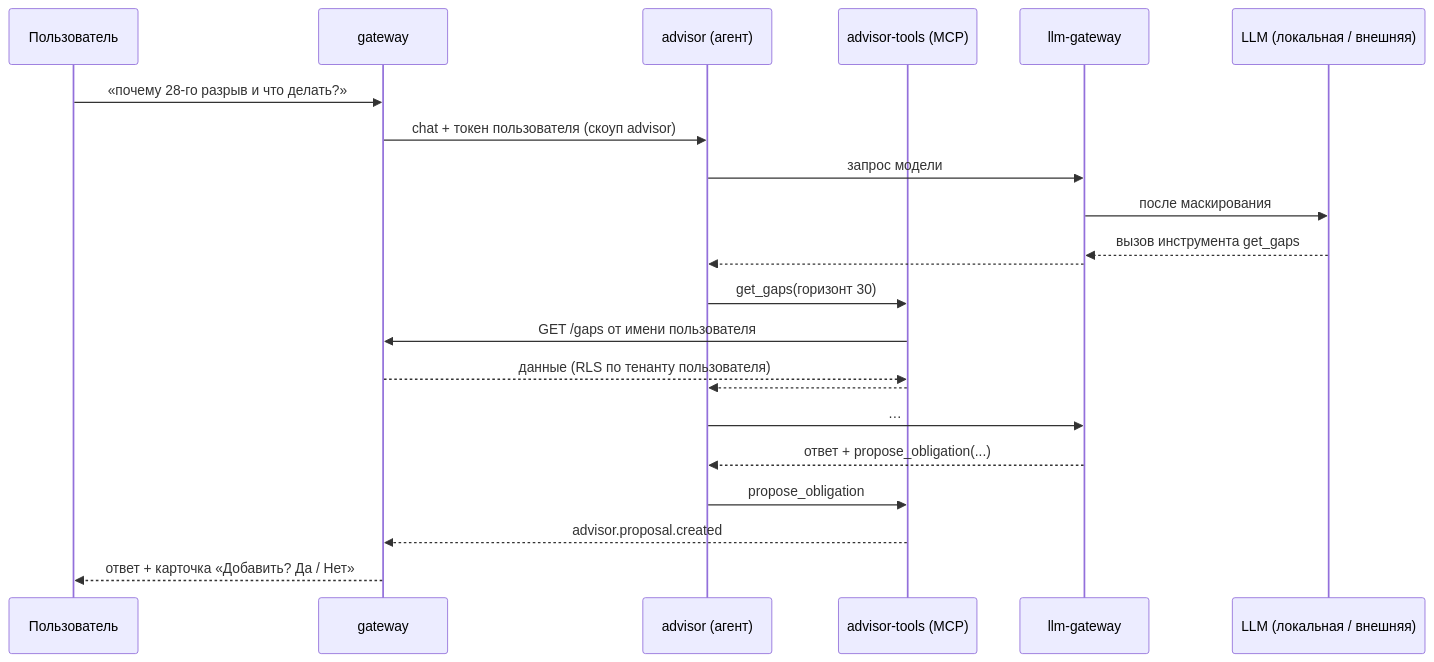
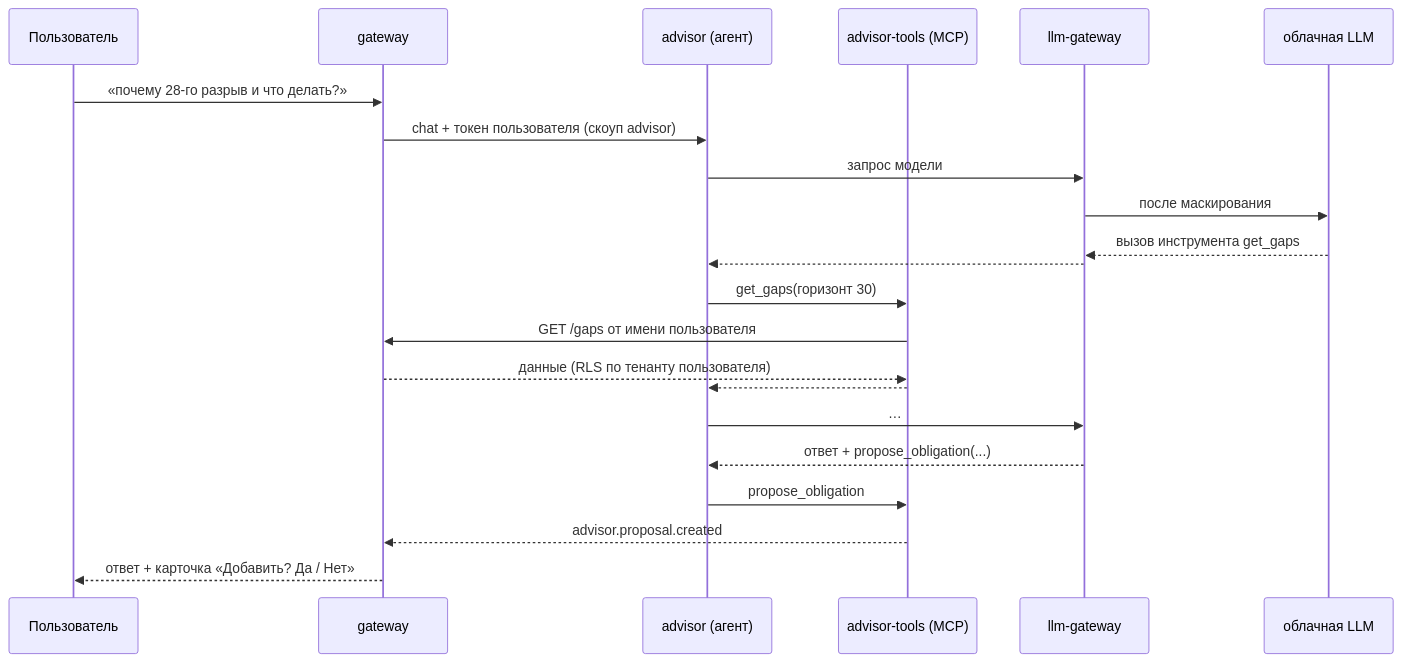
Before and after one commit to DanielE330/CENTER-PROG: the second of 4 diagrams in docs/ARCHITECTURE.md, drawn with Mermaid. The commit also changed other lines of this file and 28 other files, not shown here.

````diff
--- a/docs/ARCHITECTURE.md
+++ b/docs/ARCHITECTURE.md
@@ -487,25 +485,25 @@
 ```mermaid
 sequenceDiagram
   participant U as Пользователь
   participant GW as gateway
   participant A as advisor (агент)
   participant T as advisor-tools (MCP)
   participant L as llm-gateway
-  participant M as LLM (локальная / внешняя)
+  participant M as облачная LLM
 
   U->>GW: «почему 28-го разрыв и что делать?»
   GW->>A: chat + токен пользователя (скоуп advisor)
   A->>L: запрос модели
   L->>M: после маскирования
   M-->>L: вызов инструмента get_gaps
   L-->>A: 
   A->>T: get_gaps(горизонт 30)
   T->>GW: GET /gaps от имени пользователя
   GW-->>T: данные (RLS по тенанту пользователя)
   T-->>A: 
   A->>L: …
   L-->>A: ответ + propose_obligation(...)
   A->>T: propose_obligation
   T-->>GW: advisor.proposal.created
   GW-->>U: ответ + карточка «Добавить? Да / Нет»
 ```
````
